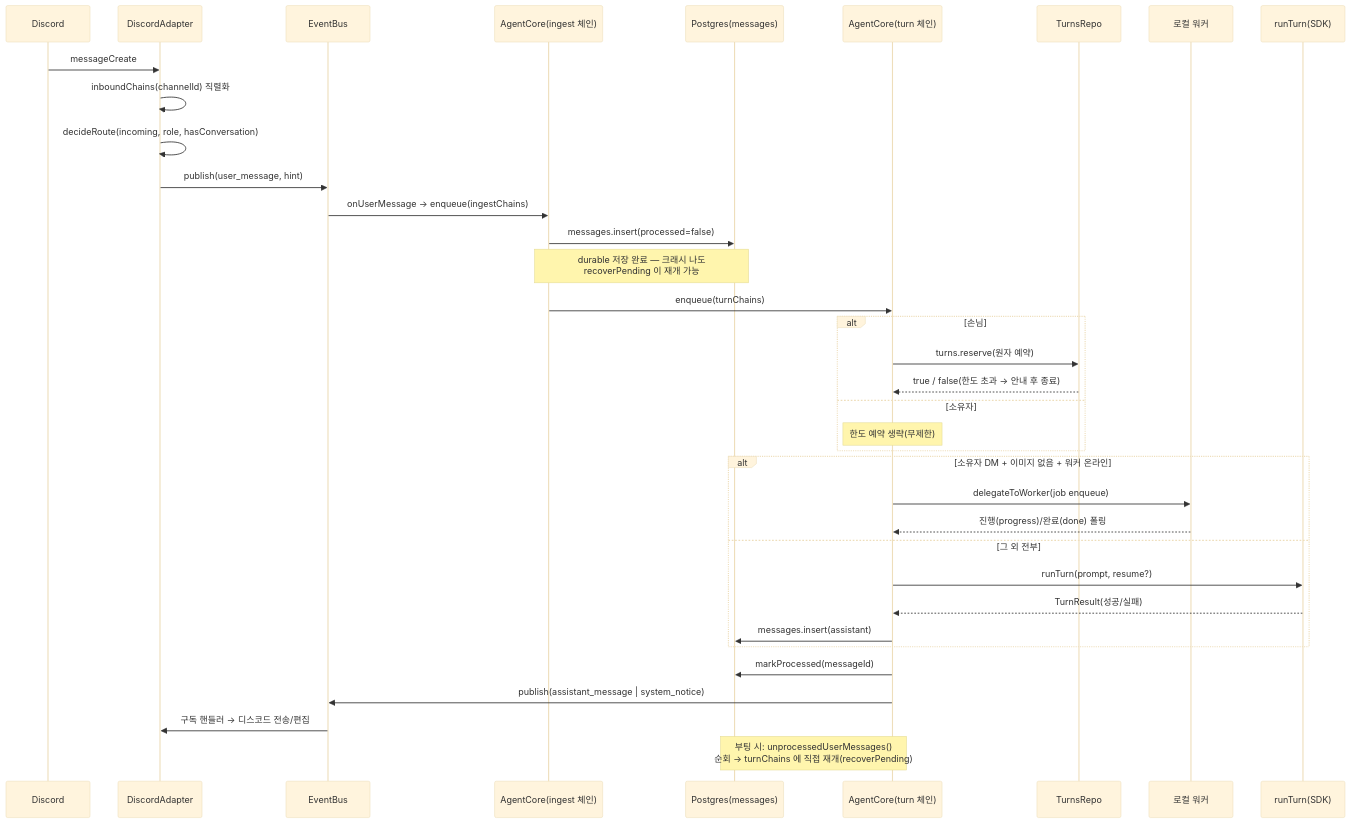
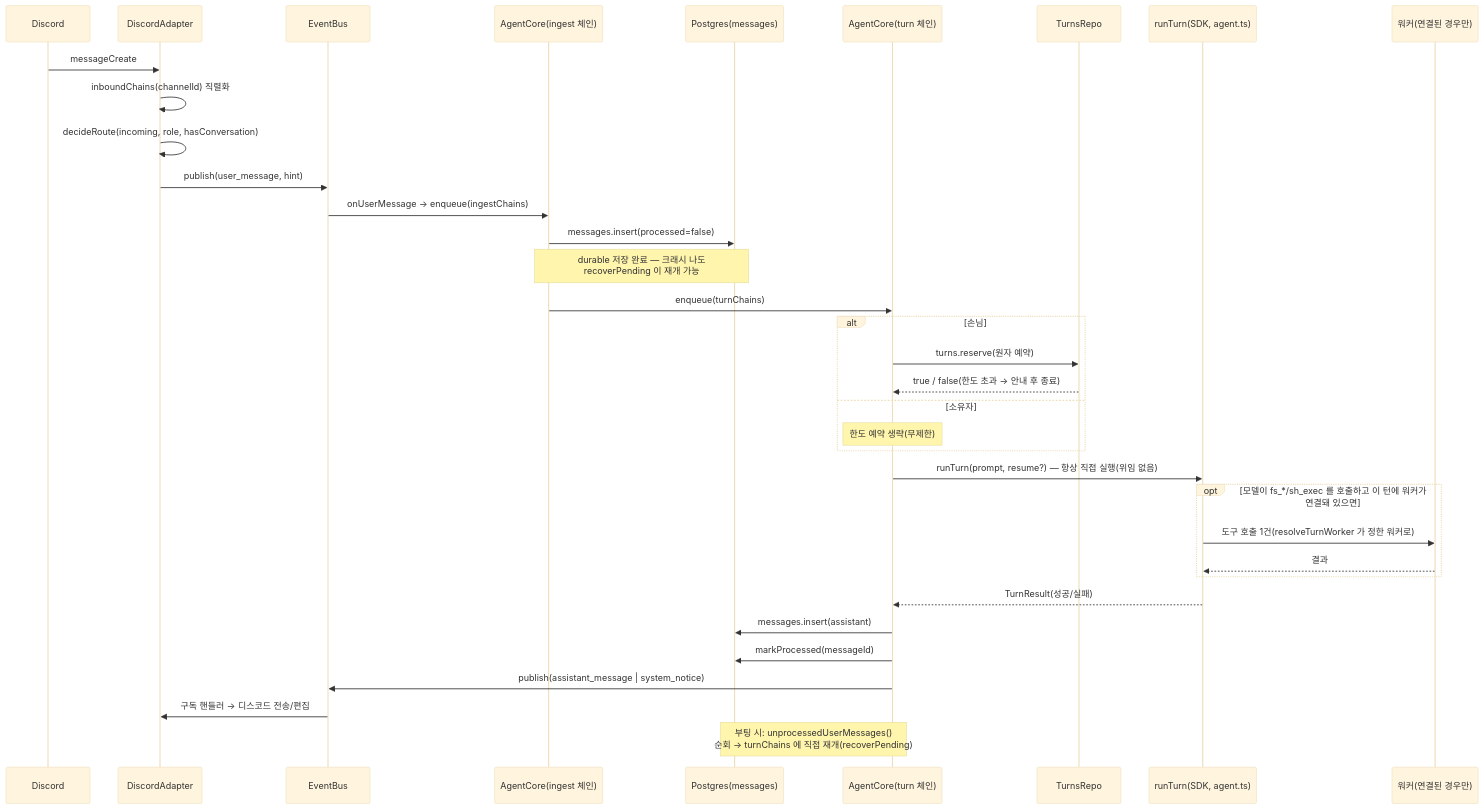
Before and after one commit to semicollon-club/asahi: the diagram in docs/architecture/data-flow.md, drawn with Mermaid (base theme). The commit also changed other lines of this file and 7 other files, not shown here.

````diff
--- a/docs/architecture/data-flow.md
+++ b/docs/architecture/data-flow.md
@@ -136,43 +148,42 @@
 ```mermaid
 sequenceDiagram
     participant D as Discord
     participant A as DiscordAdapter
     participant Bus as EventBus
     participant Ing as AgentCore(ingest 체인)
     participant DB as Postgres(messages)
     participant Turn as AgentCore(turn 체인)
     participant Turns as TurnsRepo
-    participant W as 로컬 워커
-    participant LLM as runTurn(SDK)
+    participant LLM as runTurn(SDK, agent.ts)
+    participant W as 워커(연결된 경우만)
 
     D->>A: messageCreate
     A->>A: inboundChains(channelId) 직렬화
     A->>A: decideRoute(incoming, role, hasConversation)
     A->>Bus: publish(user_message, hint)
     Bus->>Ing: onUserMessage → enqueue(ingestChains)
     Ing->>DB: messages.insert(processed=false)
     Note over Ing,DB: durable 저장 완료 — 크래시 나도<br/>recoverPending 이 재개 가능
     Ing->>Turn: enqueue(turnChains)
 
     alt 손님
         Turn->>Turns: turns.reserve(원자 예약)
         Turns-->>Turn: true / false(한도 초과 → 안내 후 종료)
     else 소유자
         Note over Turn: 한도 예약 생략(무제한)
     end
 
-    alt 소유자 DM + 이미지 없음 + 워커 온라인
-        Turn->>W: delegateToWorker(job enqueue)
-        W-->>Turn: 진행(progress)/완료(done) 폴링
-    else 그 외 전부
-        Turn->>LLM: runTurn(prompt, resume?)
-        LLM-->>Turn: TurnResult(성공/실패)
-        Turn->>DB: messages.insert(assistant)
+    Turn->>LLM: runTurn(prompt, resume?) — 항상 직접 실행(위임 없음)
+    opt 모델이 fs_*/sh_exec 를 호출하고 이 턴에 워커가 연결돼 있으면
+        LLM->>W: 도구 호출 1건(resolveTurnWorker 가 정한 워커로)
+        W-->>LLM: 결과
     end
+    LLM-->>Turn: TurnResult(성공/실패)
+    Turn->>DB: messages.insert(assistant)
 
     Turn->>DB: markProcessed(messageId)
     Turn->>Bus: publish(assistant_message | system_notice)
     Bus->>A: 구독 핸들러 → 디스코드 전송/편집
 
     Note over Turn,DB: 부팅 시: unprocessedUserMessages()<br/>순회 → turnChains 에 직접 재개(recoverPending)
 ```
````
